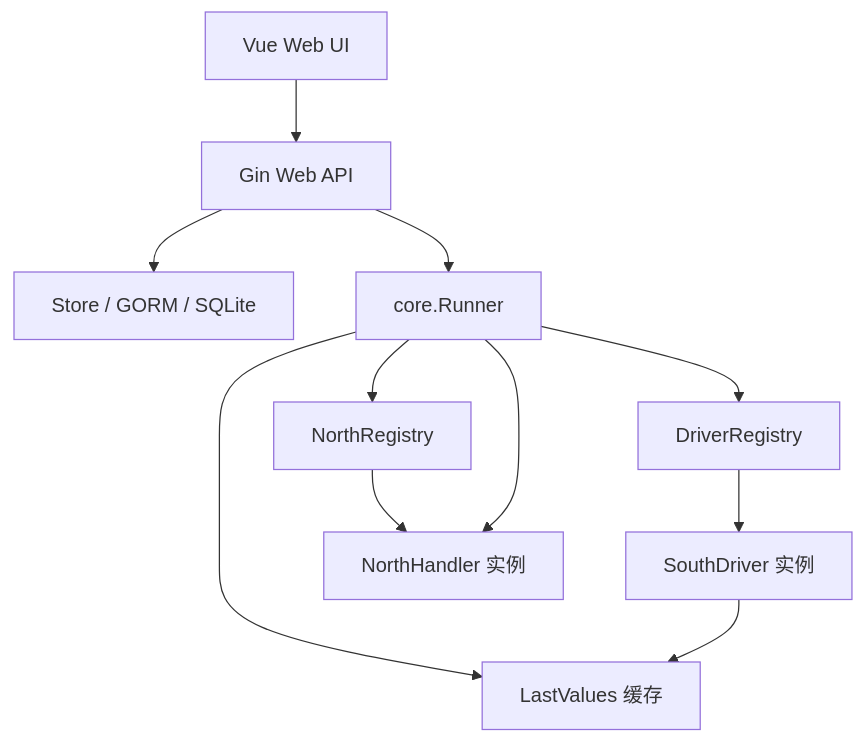
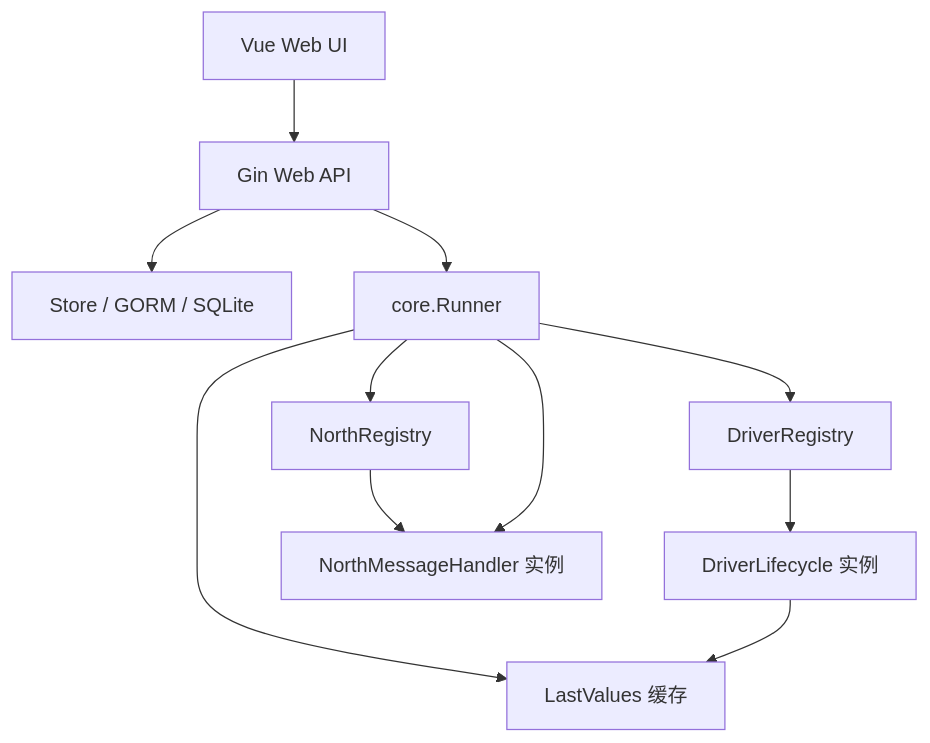
The third of 7 diagrams in docs/operations-center-design.md (jhzhang09/jetlinks-edge), drawn with Mermaid before and after one commit. The commit also changed other lines of this file and 27 other files, not shown here.

````diff
--- a/docs/operations-center-design.md
+++ b/docs/operations-center-design.md
@@ -251,13 +251,13 @@
 ```mermaid
 flowchart TD
     WebUI["Vue Web UI"] --> Gin["Gin Web API"]
     Gin --> Store["Store / GORM / SQLite"]
     Gin --> Runner["core.Runner"]
     Runner --> DriverRegistry["DriverRegistry"]
     Runner --> NorthRegistry["NorthRegistry"]
-    DriverRegistry --> SouthDriver["SouthDriver 实例"]
-    NorthRegistry --> NorthHandler["NorthHandler 实例"]
+    DriverRegistry --> SouthDriver["DriverLifecycle 实例"]
+    NorthRegistry --> NorthHandler["NorthMessageHandler 实例"]
     Runner --> Values["LastValues 缓存"]
     SouthDriver --> Values
     Runner --> NorthHandler
 ```
````
